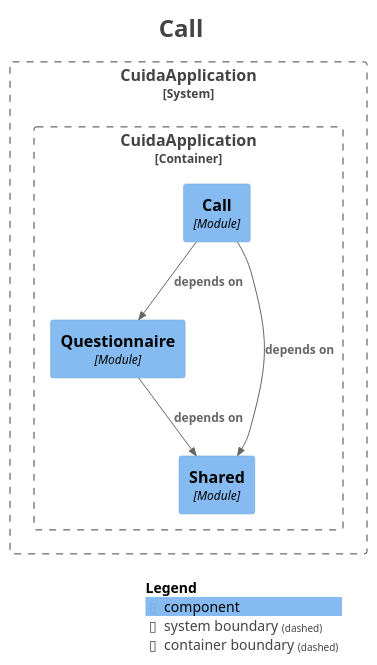
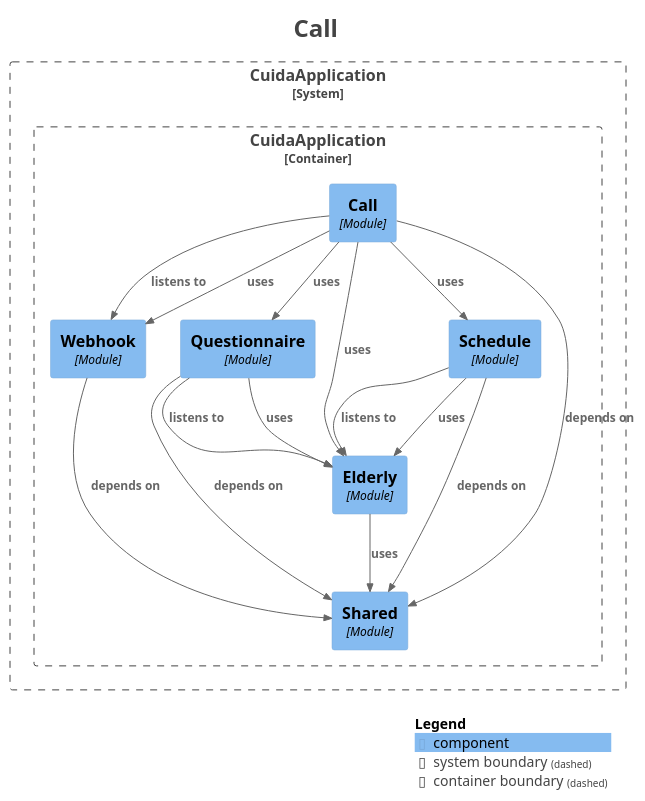
One commit to Rodrimir/alo_diario changed the diagram in docs/modules/module-call.puml. Above: the diagram before and after it, drawn with PlantUML. The commit also changed 61 other files, not shown here.

```diff
--- a/docs/modules/module-call.puml
+++ b/docs/modules/module-call.puml
@@ -1,33 +1,47 @@
 @startuml
 title <size:24>Call</size>
 
 set separator none
 top to bottom direction
 
 <style>
   root {
     BackgroundColor: #ffffff
     FontColor: #444444
   }
 </style>
 
 !include <C4/C4>
 !include <C4/C4_Context>
 !include <C4/C4_Component>
 
 System_Boundary("CuidaApplication_boundary", "CuidaApplication", $tags="") {
   Container_Boundary("CuidaApplication.CuidaApplication_boundary", "CuidaApplication", $tags="") {
+    Component(CuidaApplication.CuidaApplication.Webhook, "Webhook", $techn="Module", $descr="", $tags="", $link="")
     Component(CuidaApplication.CuidaApplication.Questionnaire, "Questionnaire", $techn="Module", $descr="", $tags="", $link="")
+    Component(CuidaApplication.CuidaApplication.Schedule, "Schedule", $techn="Module", $descr="", $tags="", $link="")
     Component(CuidaApplication.CuidaApplication.Call, "Call", $techn="Module", $descr="", $tags="", $link="")
     Component(CuidaApplication.CuidaApplication.Shared, "Shared", $techn="Module", $descr="", $tags="", $link="")
+    Component(CuidaApplication.CuidaApplication.Elderly, "Elderly", $techn="Module", $descr="", $tags="", $link="")
   }
 
 }
 
-Rel(CuidaApplication.CuidaApplication.Call, CuidaApplication.CuidaApplication.Questionnaire, "depends on", $techn="", $tags="", $link="")
+Rel(CuidaApplication.CuidaApplication.Call, CuidaApplication.CuidaApplication.Elderly, "uses", $techn="", $tags="", $link="")
+Rel(CuidaApplication.CuidaApplication.Call, CuidaApplication.CuidaApplication.Questionnaire, "uses", $techn="", $tags="", $link="")
+Rel(CuidaApplication.CuidaApplication.Call, CuidaApplication.CuidaApplication.Schedule, "uses", $techn="", $tags="", $link="")
 Rel(CuidaApplication.CuidaApplication.Call, CuidaApplication.CuidaApplication.Shared, "depends on", $techn="", $tags="", $link="")
+Rel(CuidaApplication.CuidaApplication.Call, CuidaApplication.CuidaApplication.Webhook, "listens to", $techn="", $tags="", $link="")
+Rel(CuidaApplication.CuidaApplication.Call, CuidaApplication.CuidaApplication.Webhook, "uses", $techn="", $tags="", $link="")
+Rel(CuidaApplication.CuidaApplication.Elderly, CuidaApplication.CuidaApplication.Shared, "uses", $techn="", $tags="", $link="")
+Rel(CuidaApplication.CuidaApplication.Questionnaire, CuidaApplication.CuidaApplication.Elderly, "listens to", $techn="", $tags="", $link="")
+Rel(CuidaApplication.CuidaApplication.Questionnaire, CuidaApplication.CuidaApplication.Elderly, "uses", $techn="", $tags="", $link="")
 Rel(CuidaApplication.CuidaApplication.Questionnaire, CuidaApplication.CuidaApplication.Shared, "depends on", $techn="", $tags="", $link="")
+Rel(CuidaApplication.CuidaApplication.Schedule, CuidaApplication.CuidaApplication.Elderly, "listens to", $techn="", $tags="", $link="")
+Rel(CuidaApplication.CuidaApplication.Schedule, CuidaApplication.CuidaApplication.Elderly, "uses", $techn="", $tags="", $link="")
+Rel(CuidaApplication.CuidaApplication.Schedule, CuidaApplication.CuidaApplication.Shared, "depends on", $techn="", $tags="", $link="")
+Rel(CuidaApplication.CuidaApplication.Webhook, CuidaApplication.CuidaApplication.Shared, "depends on", $techn="", $tags="", $link="")
 
 SHOW_LEGEND(true)
 hide stereotypes
 @enduml
```
